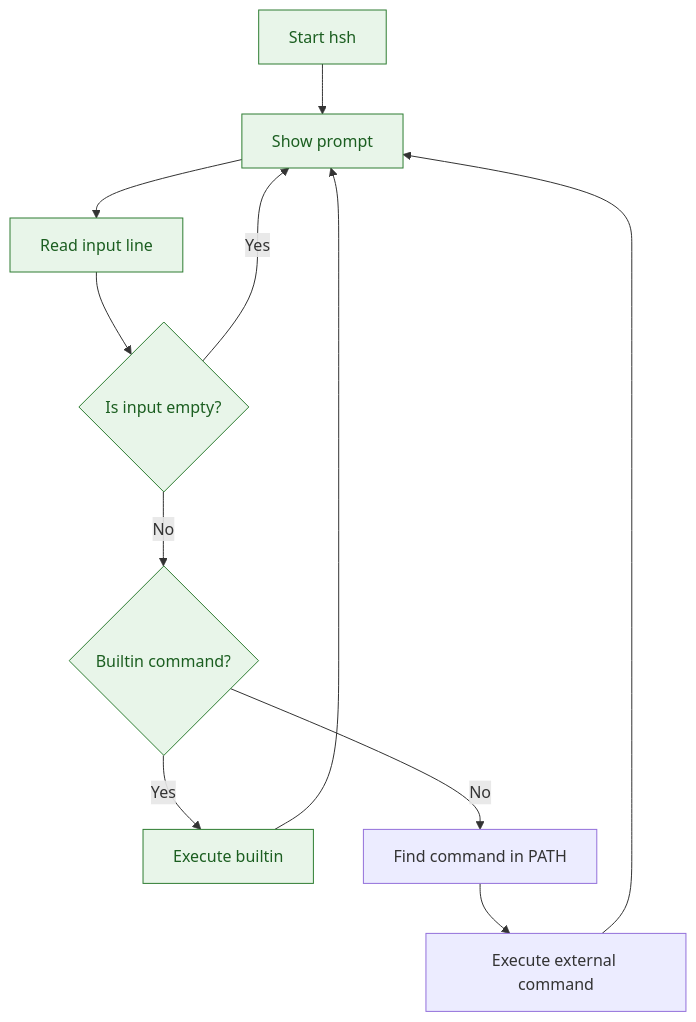
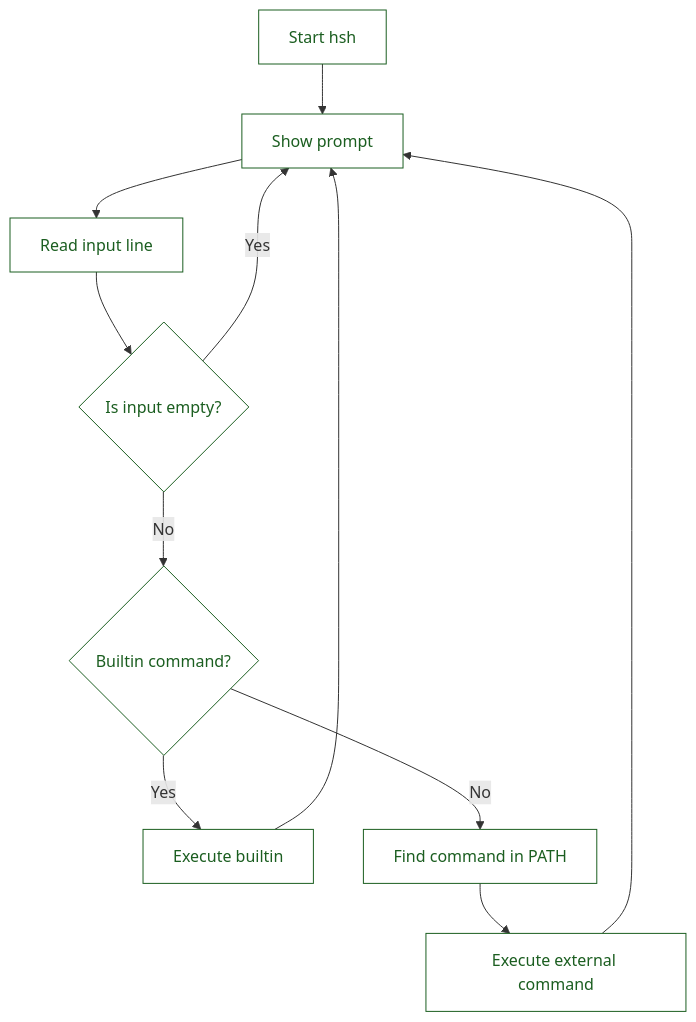
The diagram in README.md (SelenaGomez18/holbertonschool-simple_shell), drawn with Mermaid before and after one commit.

Commit message:
Add changes the color of flowchart

````diff
--- a/README.md
+++ b/README.md
@@ -123,19 +123,26 @@
 ```mermaid
 
 flowchart TD
 
     A[Start hsh] --> B[Show prompt]
     B --> C[Read input line]
     C --> D{Is input empty?}
     D -- Yes --> B
     D -- No --> E{Builtin command?}
     E -- Yes --> F[Execute builtin]
     E -- No --> G[Find command in PATH]
     G --> H[Execute external command]
     F --> B
     H --> B
 
-    classDef allnodes fill:#E8F5E9, stroke:#2E7D32,color:#1B5E20
+    classDef allnodes fill:#FFFFFF, stroke:#1B5E20,color:#1B5E20;
 
-    class A,B,C,D,E,F allnodes;
+    class A allnodes;
+    class B allnodes;
+    class C allnodes;
+    class D allnodes;
+    class E allnodes;
+    class F allnodes;
+    class G allnodes;
+    class H allnodes;
 ```
````
